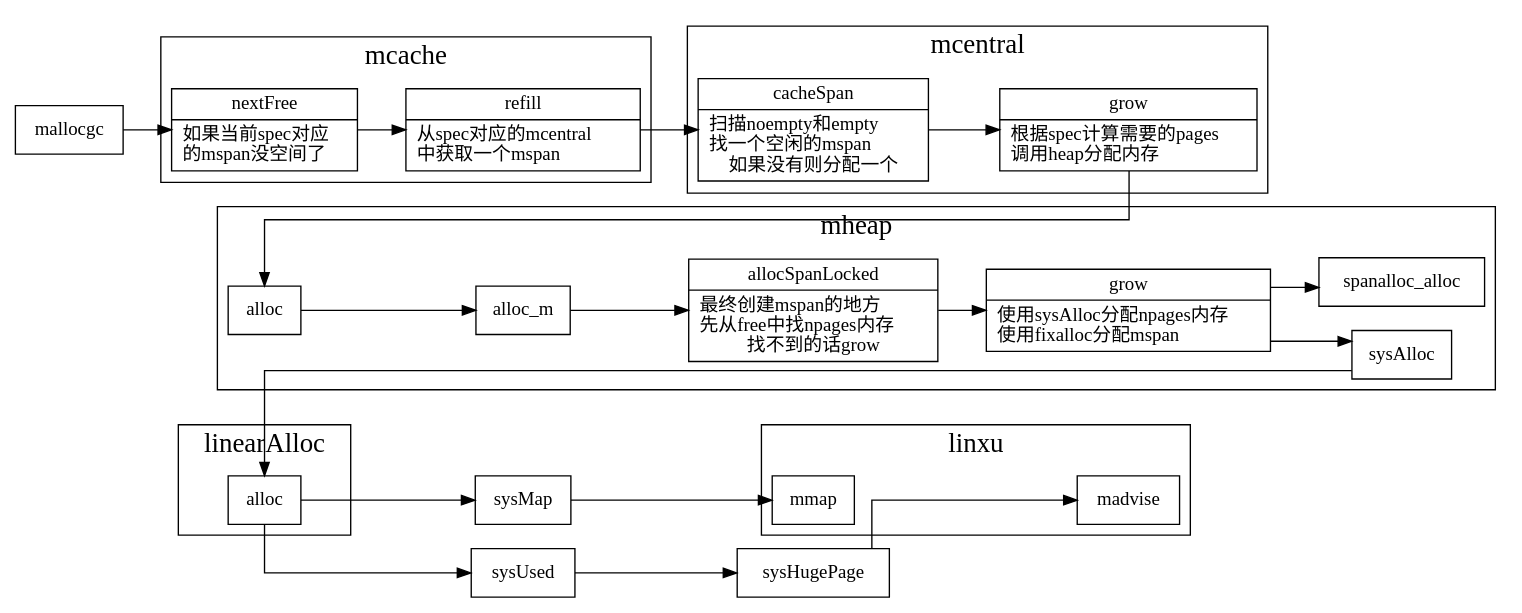
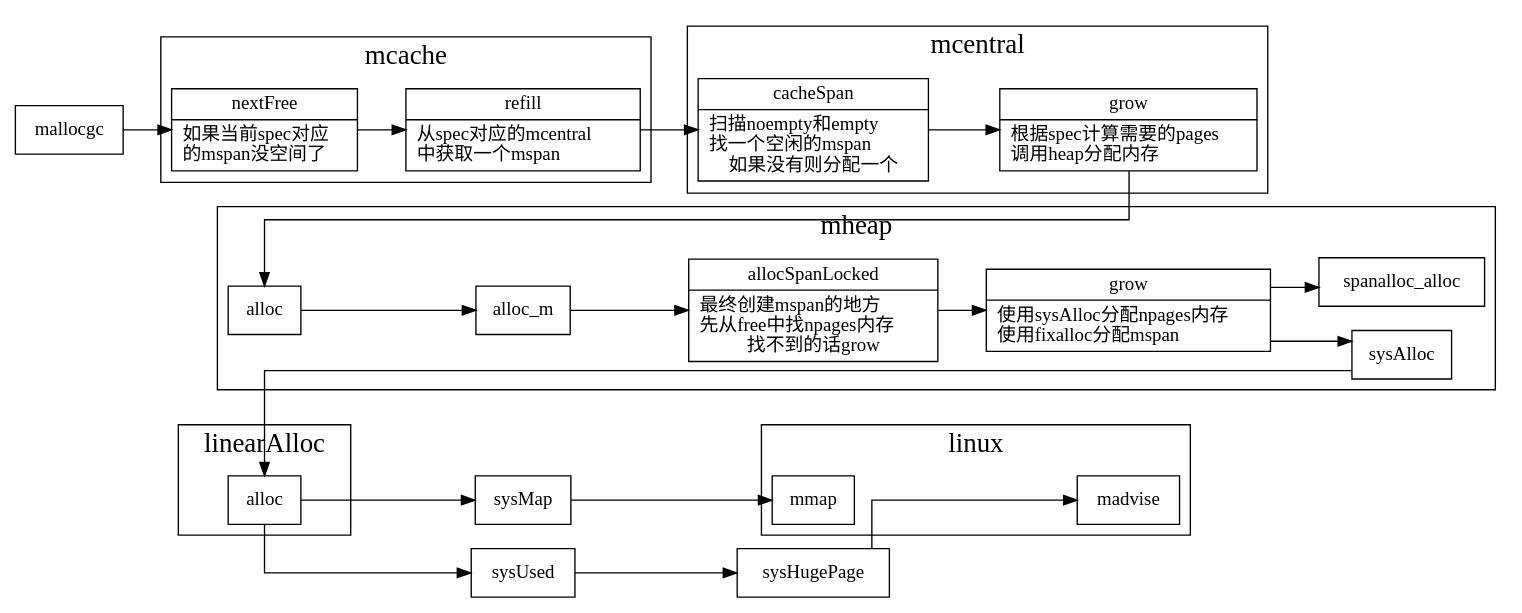
One commit to xieyu/blog changed the diagram in src/golang/mspan-create.dot. Above: the diagram before and after it, drawn with Graphviz. The commit also changed 1 other file, not shown here.

```diff
--- a/src/golang/mspan-create.dot
+++ b/src/golang/mspan-create.dot
@@ -1,91 +1,91 @@
 digraph mspancreate {
   node[shape=box];
   newrank=true;
   rankdir=LR;
   edge[weight=5];
   splines = ortho;
   subgraph cluster_mcache {
     graph[label="mcache";fontsize=20;];
     nextFree[shape="record";
       label="{{
         nextFree|
           如果当前spec对应\l 
           的mspan没空间了\l
       }}";
     ];
     refill[shape="record";
       label="{{
         refill|
           从spec对应的mcentral \l 
           中获取一个mspan\l
       }}";
     ];
     nextFree -> refill;
   }
   subgraph cluster_mcentral {
     graph[label="mcentral";fontsize=20;];
     cacheSpan[shape="record";
       label="{{
         cacheSpan|
           扫描noempty和empty \l 
           找一个空闲的mspan\l
           如果没有则分配一个
       }}";
     ];
     mcentral_grow[shape="record";
       label="{{
         grow|
           根据spec计算需要的pages\l
           调用heap分配内存\l
       }}";
     ];
     cacheSpan -> mcentral_grow;
   }
   subgraph cluster_mheap {
     graph[label="mheap";fontsize=20;];
     allocSpanLocked[shape="record";
       label="{{
         allocSpanLocked|
           最终创建mspan的地方\l
           先从free中找npages内存\l 
           找不到的话grow
       }}";
     ];
     grow[shape="record";
       label="{{
         grow|
           使用sysAlloc分配npages内存\l
           使用fixalloc分配mspan\l
       }}";
     ];
     alloc -> alloc_m -> allocSpanLocked -> grow;
     grow -> {
       sysAlloc;
       spanalloc_alloc;
     };
   }
   subgraph cluster_linearAlloc {
     graph[label="linearAlloc";fontsize=20;];
     linear_alloc[label="alloc"]
   }
   linear_alloc -> {
     sysMap;
     sysUsed;
   }
   subgraph cluster_linux{
-    graph[label="linxu";fontsize=20;];
+    graph[label="linux";fontsize=20;];
     mmap;
     madvise;
   }
 
   sysMap -> mmap;
   sysUsed -> sysHugePage;
   sysHugePage -> madvise;
 
   mallocgc-> nextFree;
   refill -> cacheSpan;
   {rank=same; alloc; nextFree;linear_alloc};
   edge[weight=1];
   mcentral_grow -> alloc;
   sysAlloc -> linear_alloc;
 }
```
